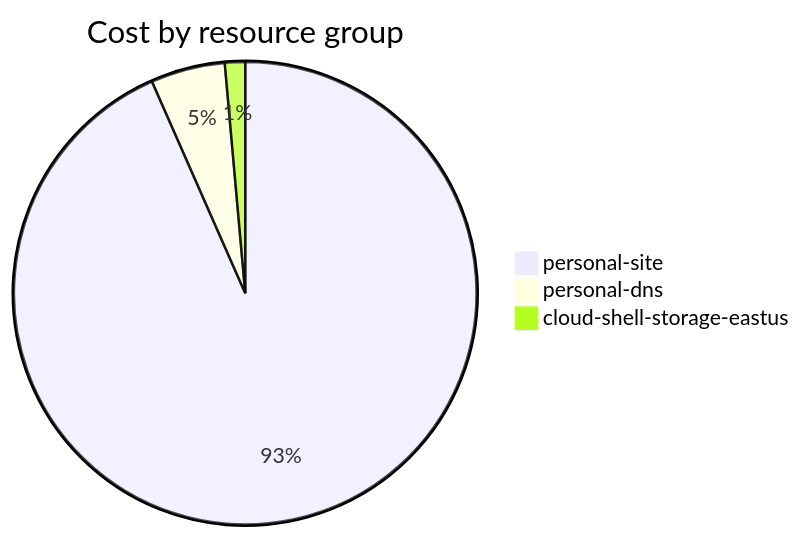
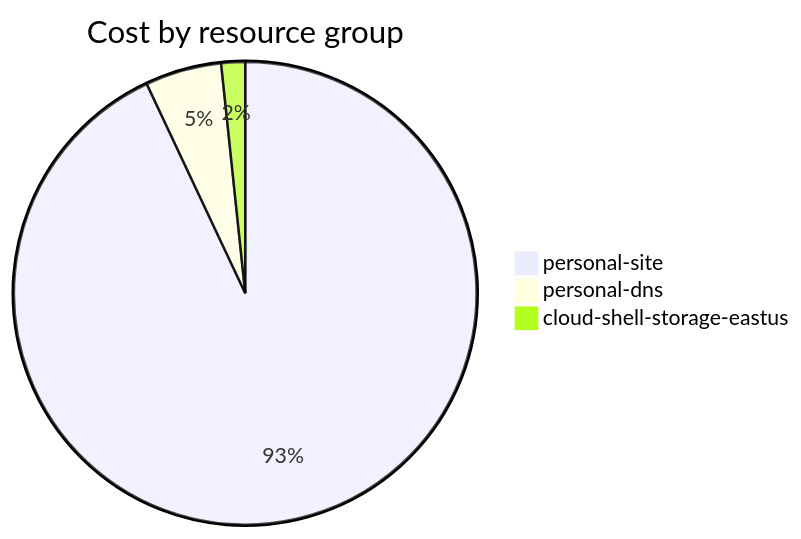
Before and after one commit to jpfulton/azure-personal-reports: the fourth of 4 diagrams in cost-reports/accumulated-cost.md, drawn with Mermaid. The commit also changed other lines of this file and 4 other files, not shown here.

````diff
--- a/cost-reports/accumulated-cost.md
+++ b/cost-reports/accumulated-cost.md
@@ -139,7 +141,7 @@
 ```mermaid
 pie
    title Cost by resource group
-   "personal-site" : 1.98
-   "personal-dns" : 0.11
-   "cloud-shell-storage-eastus" : 0.03
+   "personal-site" : 2.79
+   "personal-dns" : 0.16
+   "cloud-shell-storage-eastus" : 0.05
 ```
````
